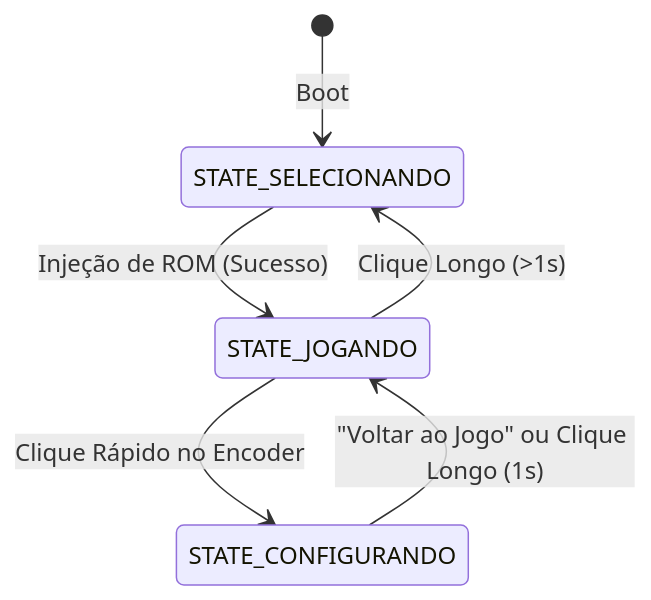
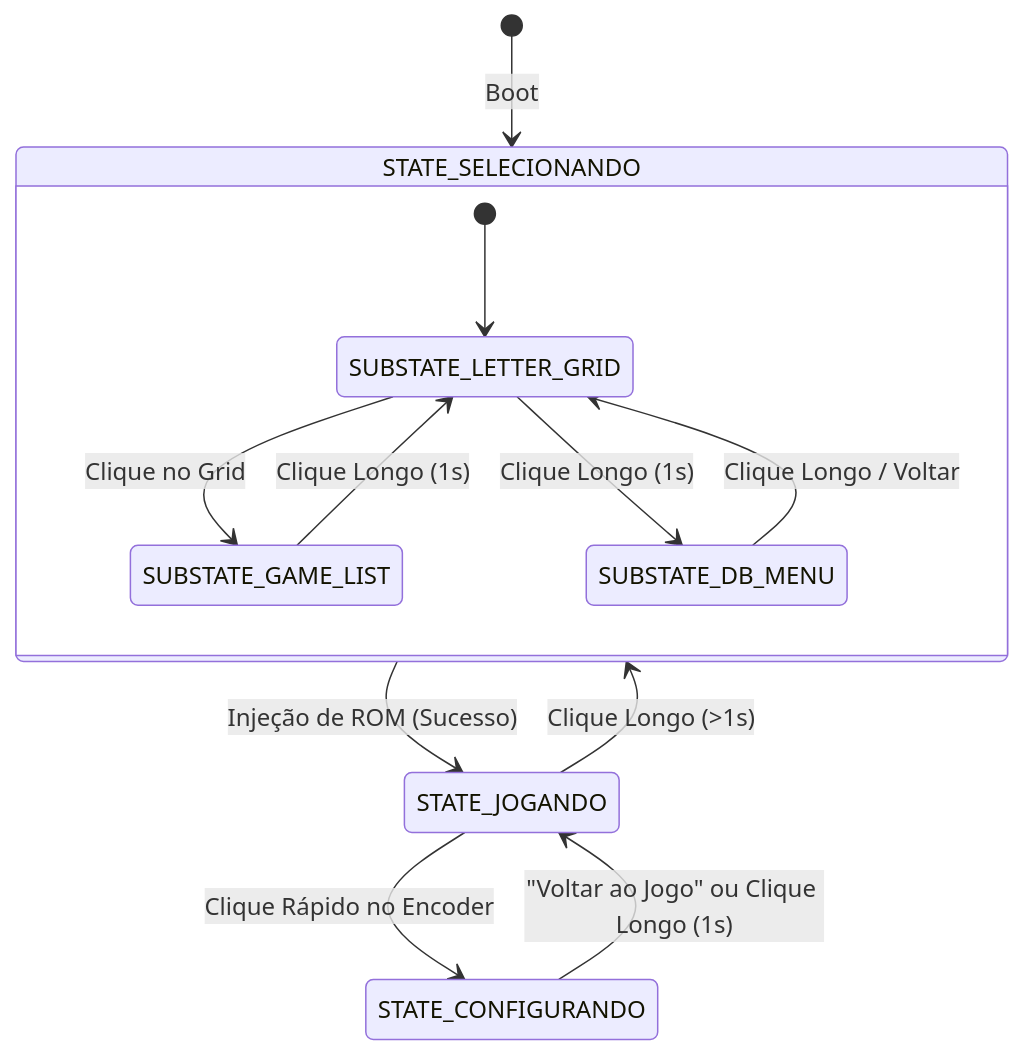
Before and after one commit to sandrobenigno/FPGABuddy: the diagram in README.pt-BR.md, drawn with Mermaid. The commit also changed 1 other file, not shown here.

Commit message:
Nova abordagem FlatDB com scan no SD card

````diff
--- a/README.pt-BR.md
+++ b/README.pt-BR.md
@@ -139,8 +139,17 @@
 ```mermaid
 stateDiagram-v2
     [*] --> STATE_SELECIONANDO : Boot
+    
+    state STATE_SELECIONANDO {
+        [*] --> SUBSTATE_LETTER_GRID
+        SUBSTATE_LETTER_GRID --> SUBSTATE_GAME_LIST : Clique no Grid
+        SUBSTATE_GAME_LIST --> SUBSTATE_LETTER_GRID : Clique Longo (1s)
+        SUBSTATE_LETTER_GRID --> SUBSTATE_DB_MENU : Clique Longo (1s)
+        SUBSTATE_DB_MENU --> SUBSTATE_LETTER_GRID : Clique Longo / Voltar
+    }
+
     STATE_SELECIONANDO --> STATE_JOGANDO : Injeção de ROM (Sucesso)
     STATE_JOGANDO --> STATE_CONFIGURANDO : Clique Rápido no Encoder
     STATE_CONFIGURANDO --> STATE_JOGANDO : "Voltar ao Jogo" ou Clique Longo (1s)
     STATE_JOGANDO --> STATE_SELECIONANDO : Clique Longo (>1s)
 ```
````
